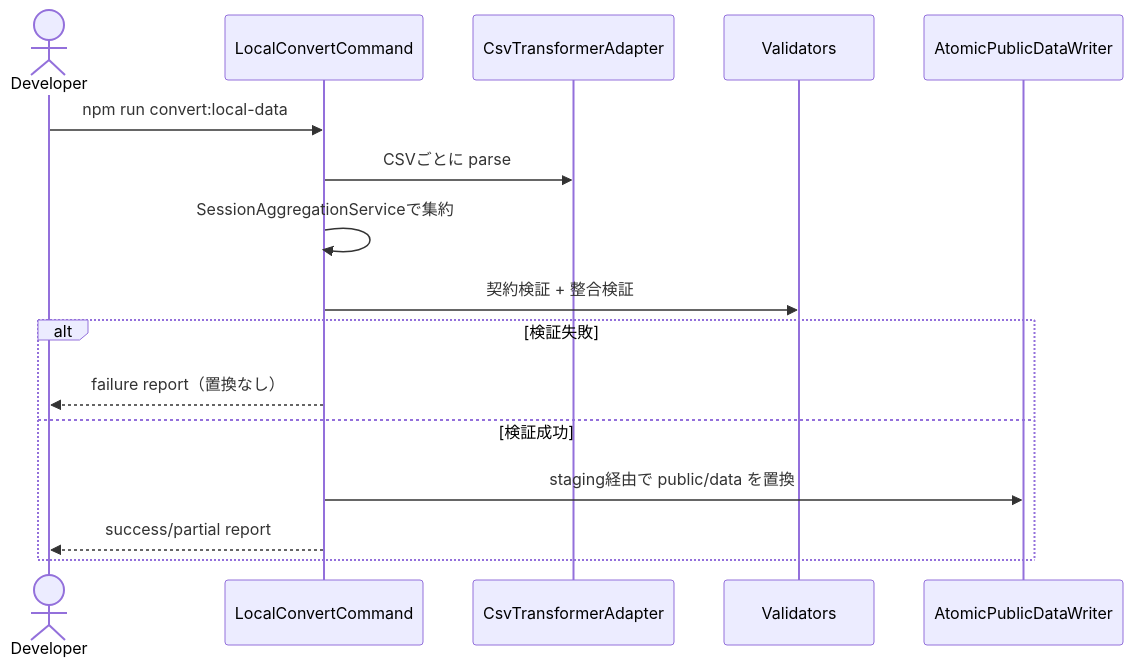
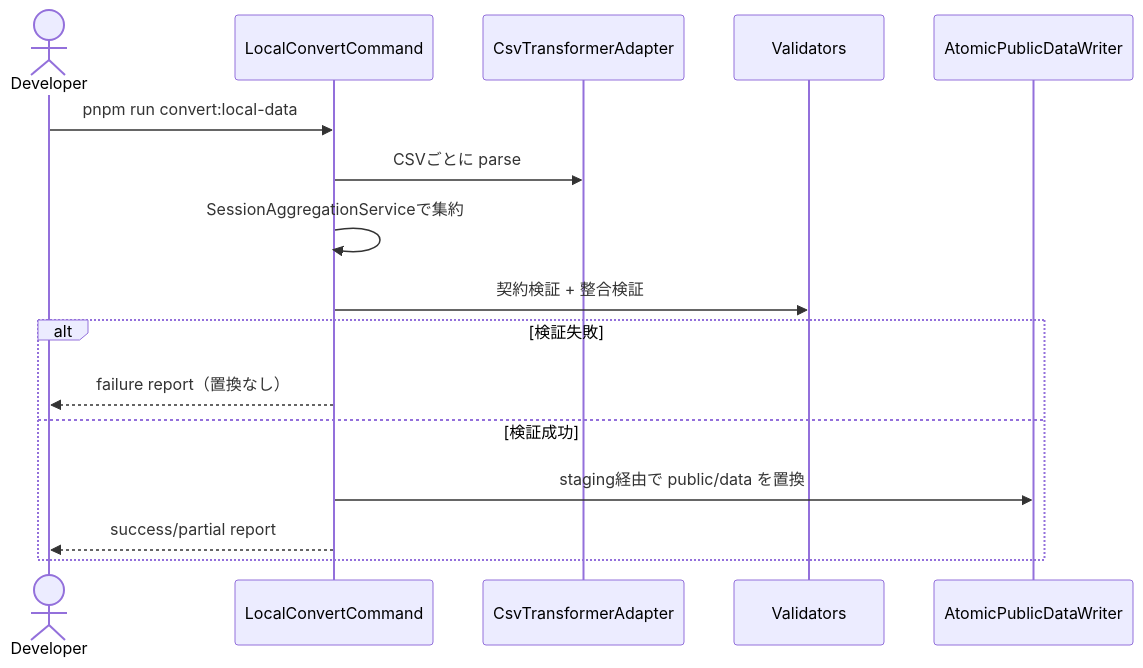
The fourth of 4 diagrams in docs/architecture.md (nuitsjp/teams-board), drawn with Mermaid before and after one commit. The commit also changed other lines of this file and 11 other files, not shown here.

````diff
--- a/docs/architecture.md
+++ b/docs/architecture.md
@@ -207,19 +207,19 @@
 ```mermaid
 sequenceDiagram
   actor D as Developer
   participant CMD as LocalConvertCommand
   participant ADP as CsvTransformerAdapter
   participant VAL as Validators
   participant W as AtomicPublicDataWriter
 
-  D->>CMD: npm run convert:local-data
+  D->>CMD: pnpm run convert:local-data
   CMD->>ADP: CSVごとに parse
   CMD->>CMD: SessionAggregationServiceで集約
   CMD->>VAL: 契約検証 + 整合検証
   alt 検証失敗
     CMD-->>D: failure report（置換なし）
   else 検証成功
     CMD->>W: staging経由で public/data を置換
     CMD-->>D: success/partial report
   end
 ```
````
